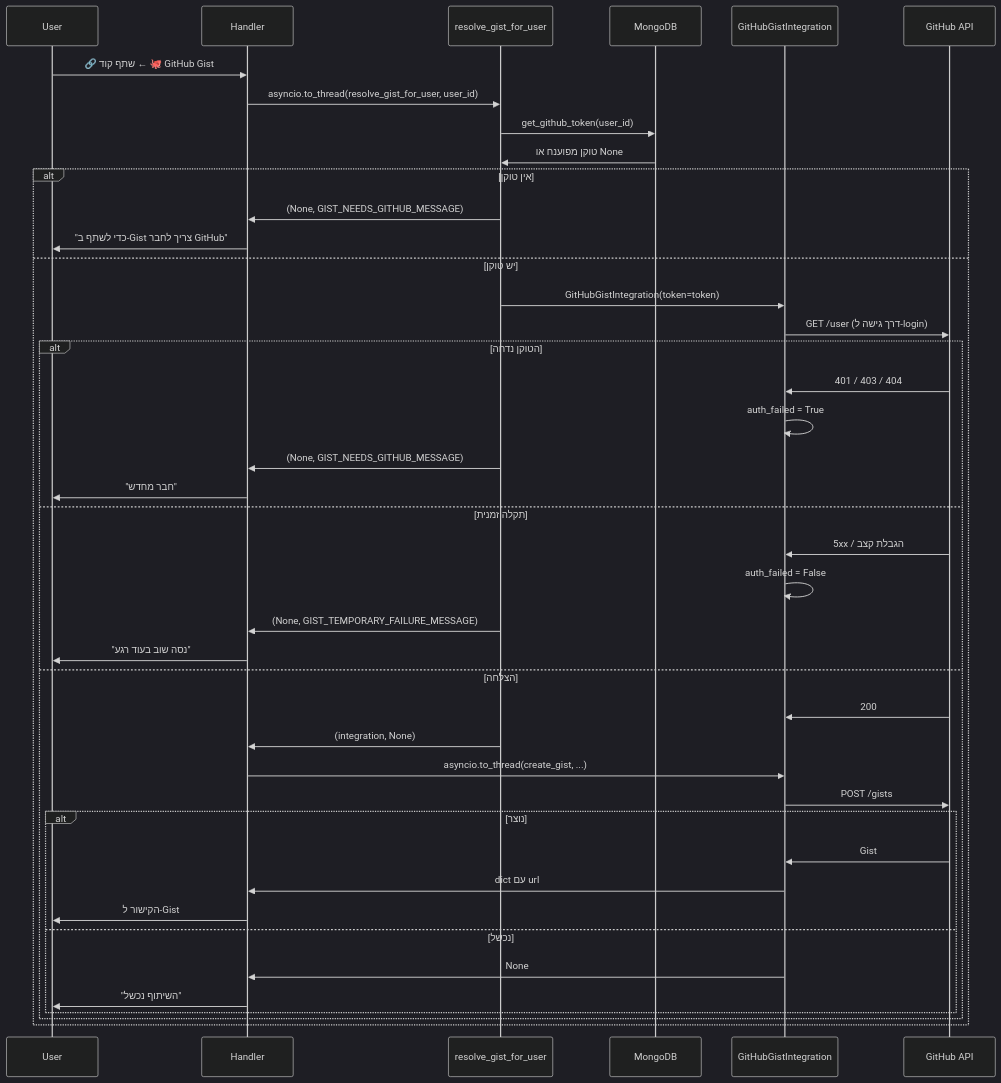
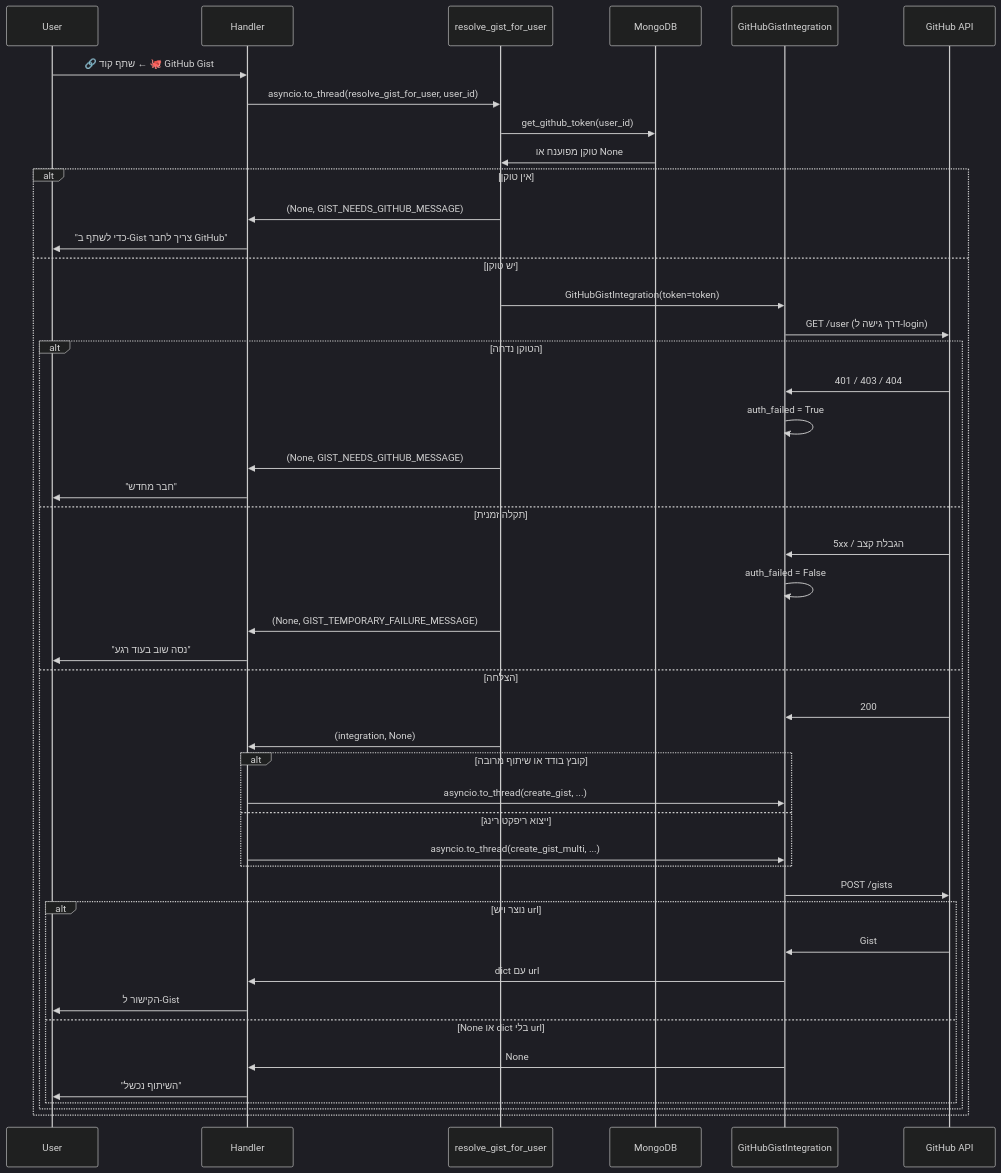
Before and after one commit to amirbiron/CodeBot: the diagram in docs/workflows/gist-flow.rst, drawn with Mermaid (dark theme). The commit also changed other lines of this file, not shown here.

First line of the commit message:
docs: תיקוני ריוויו לדף זרימת ה-Gist

```diff
--- a/docs/workflows/gist-flow.rst
+++ b/docs/workflows/gist-flow.rst
@@ -41,46 +41,50 @@
 .. mermaid::
 
    sequenceDiagram
        participant U as User
        participant H as Handler
        participant R as resolve_gist_for_user
        participant DB as MongoDB
        participant I as GitHubGistIntegration
        participant GH as GitHub API
 
        U->>H: 🔗 שתף קוד ← 🐙 GitHub Gist
        H->>R: asyncio.to_thread(resolve_gist_for_user, user_id)
        R->>DB: get_github_token(user_id)
        DB->>R: טוקן מפוענח או None
 
        alt אין טוקן
          R->>H: (None, GIST_NEEDS_GITHUB_MESSAGE)
          H->>U: "כדי לשתף ב-Gist צריך לחבר GitHub"
        else יש טוקן
          R->>I: GitHubGistIntegration(token=token)
          I->>GH: GET /user (דרך גישה ל-login)
          alt הטוקן נדחה
            GH->>I: 401 / 403 / 404
            I->>I: auth_failed = True
            R->>H: (None, GIST_NEEDS_GITHUB_MESSAGE)
            H->>U: "חבר מחדש"
          else תקלה זמנית
            GH->>I: 5xx / הגבלת קצב
            I->>I: auth_failed = False
            R->>H: (None, GIST_TEMPORARY_FAILURE_MESSAGE)
            H->>U: "נסה שוב בעוד רגע"
          else הצלחה
            GH->>I: 200
            R->>H: (integration, None)
-           H->>I: asyncio.to_thread(create_gist, ...)
+           alt קובץ בודד או שיתוף מרובה
+             H->>I: asyncio.to_thread(create_gist, ...)
+           else ייצוא ריפקטורינג
+             H->>I: asyncio.to_thread(create_gist_multi, ...)
+           end
            I->>GH: POST /gists
-           alt נוצר
+           alt נוצר ויש url
              GH->>I: Gist
              I->>H: dict עם url
              H->>U: הקישור ל-Gist
-           else נכשל
+           else None או dict בלי url
              I->>H: None
              H->>U: "השיתוף נכשל"
            end
          end
        end
```
